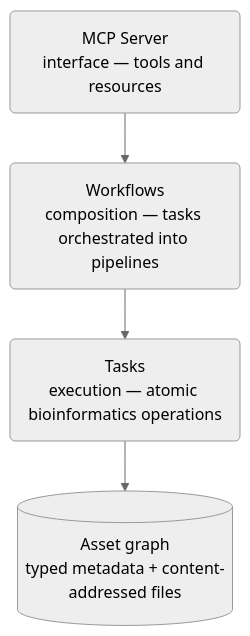
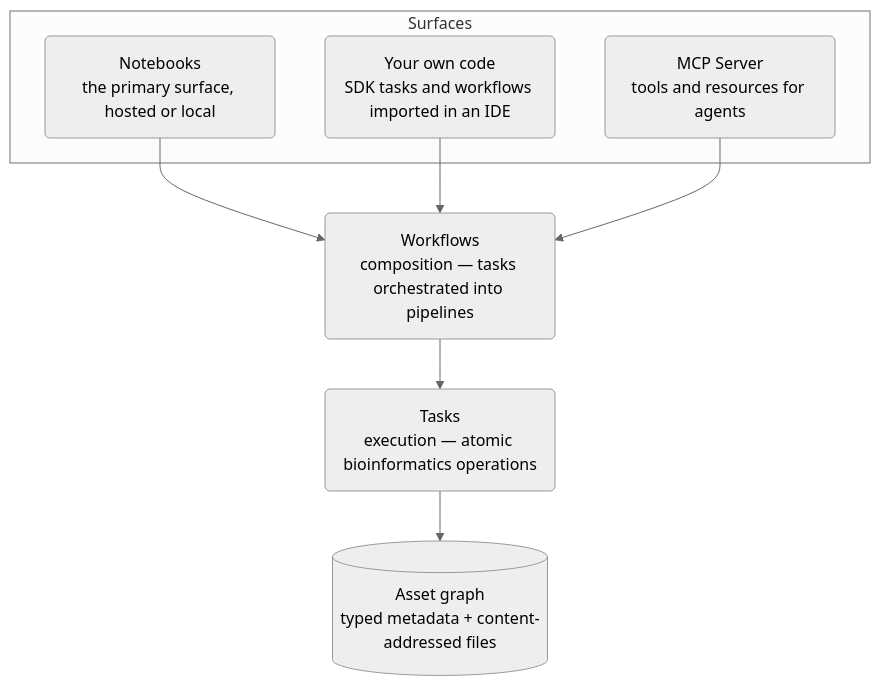
Before and after one commit to StargazerBio/stargazer: the diagram in docs/architecture/overview.md, drawn with Mermaid (neutral theme). The commit also changed other lines of this file and 5 other files, not shown here.

````diff
--- a/docs/architecture/overview.md
+++ b/docs/architecture/overview.md
@@ -5,9 +5,13 @@
 ```mermaid
 flowchart TD
-    MCP("MCP Server\ninterface — tools and resources")
+    subgraph S["Surfaces"]
+        NB("Notebooks\nthe primary surface, hosted or local")
+        SDK("Your own code\nSDK tasks and workflows imported in an IDE")
+        MCP("MCP Server\ntools and resources for agents")
+    end
     WF("Workflows\ncomposition — tasks orchestrated into pipelines")
     T("Tasks\nexecution — atomic bioinformatics operations")
     A[("Asset graph\ntyped metadata + content-addressed files")]
 
-    MCP --> WF --> T --> A
+    NB & SDK & MCP --> WF --> T --> A
 ```
````
